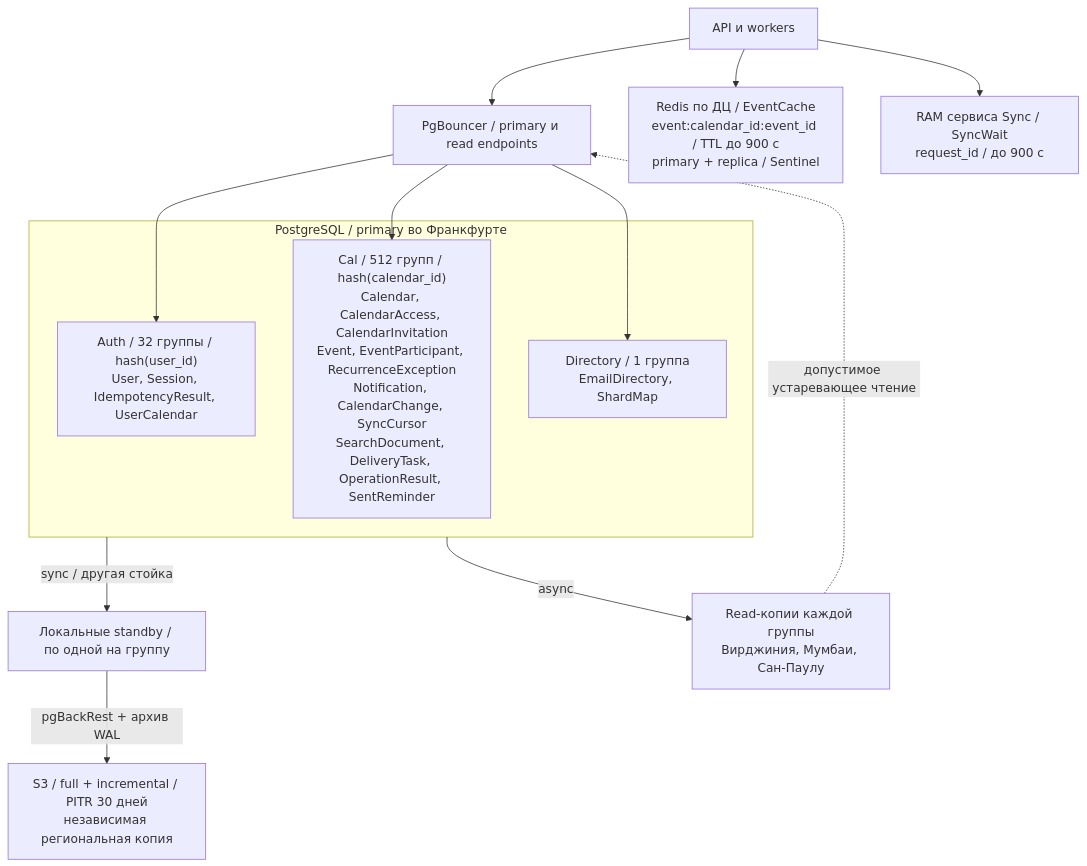
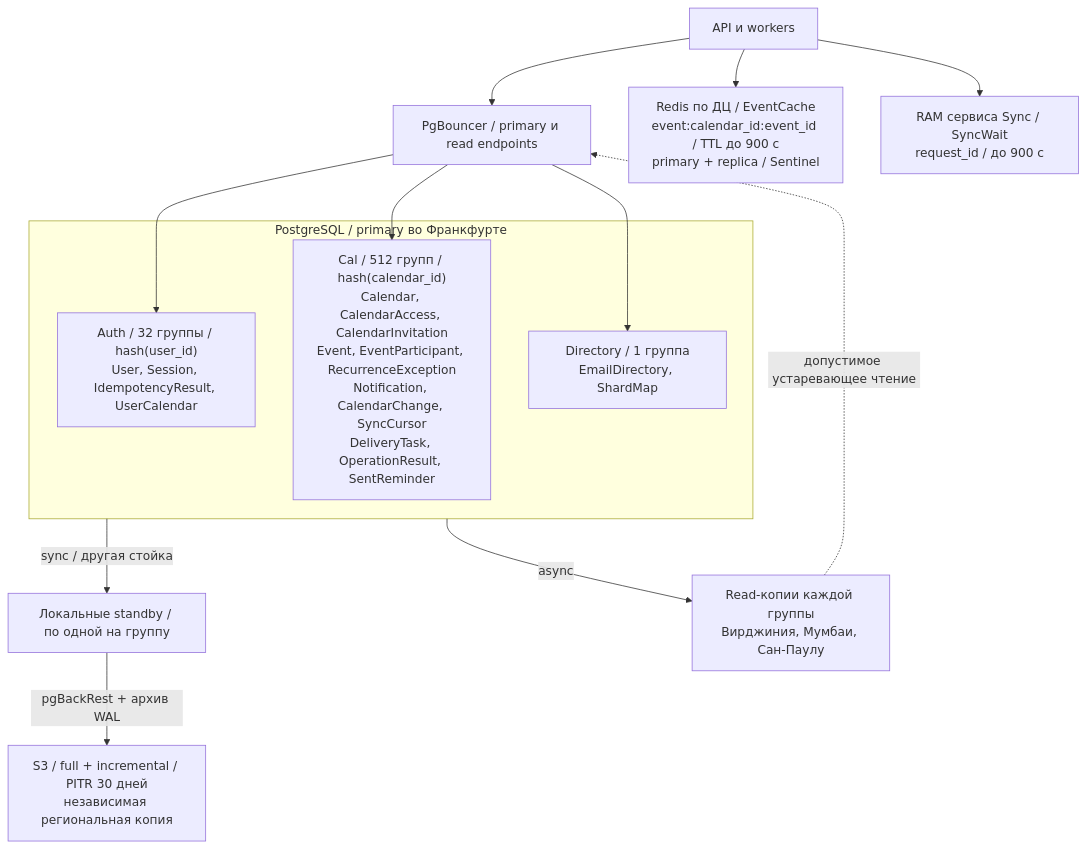
One commit to Klumaks/Highload_Google_Calendar changed the third of 3 diagrams in README.md. Above: the diagram before and after it, drawn with Mermaid. The commit also changed other lines of this file, not shown here.

````diff
--- a/README.md
+++ b/README.md
@@ -772,29 +771,29 @@
 ```mermaid
 flowchart TB
     api["API и workers"] --> pool["PgBouncer / primary и read endpoints"]
     subgraph main["PostgreSQL / primary во Франкфурте"]
         auth["Auth / 32 группы / hash(user_id)
 User, Session, IdempotencyResult, UserCalendar"]
         cal["Cal / 512 групп / hash(calendar_id)
 Calendar, CalendarAccess, CalendarInvitation
 Event, EventParticipant, RecurrenceException
 Notification, CalendarChange, SyncCursor
-SearchDocument, DeliveryTask, OperationResult, SentReminder"]
+DeliveryTask, OperationResult, SentReminder"]
         directory["Directory / 1 группа
 EmailDirectory, ShardMap"]
     end
     pool --> auth
     pool --> cal
     pool --> directory
     main -->|"sync / другая стойка"| local["Локальные standby / по одной на группу"]
     main -->|"async"| remote["Read-копии каждой группы
 Вирджиния, Мумбаи, Сан-Паулу"]
     remote -.->|"допустимое устаревающее чтение"| pool
     api --> cache["Redis по ДЦ / EventCache
 event:calendar_id:event_id / TTL до 900 с
 primary + replica / Sentinel"]
     api --> wait["RAM сервиса Sync / SyncWait
 request_id / до 900 с"]
     local -->|"pgBackRest + архив WAL"| backup["S3 / full + incremental / PITR 30 дней
 независимая региональная копия"]
 ```
````
